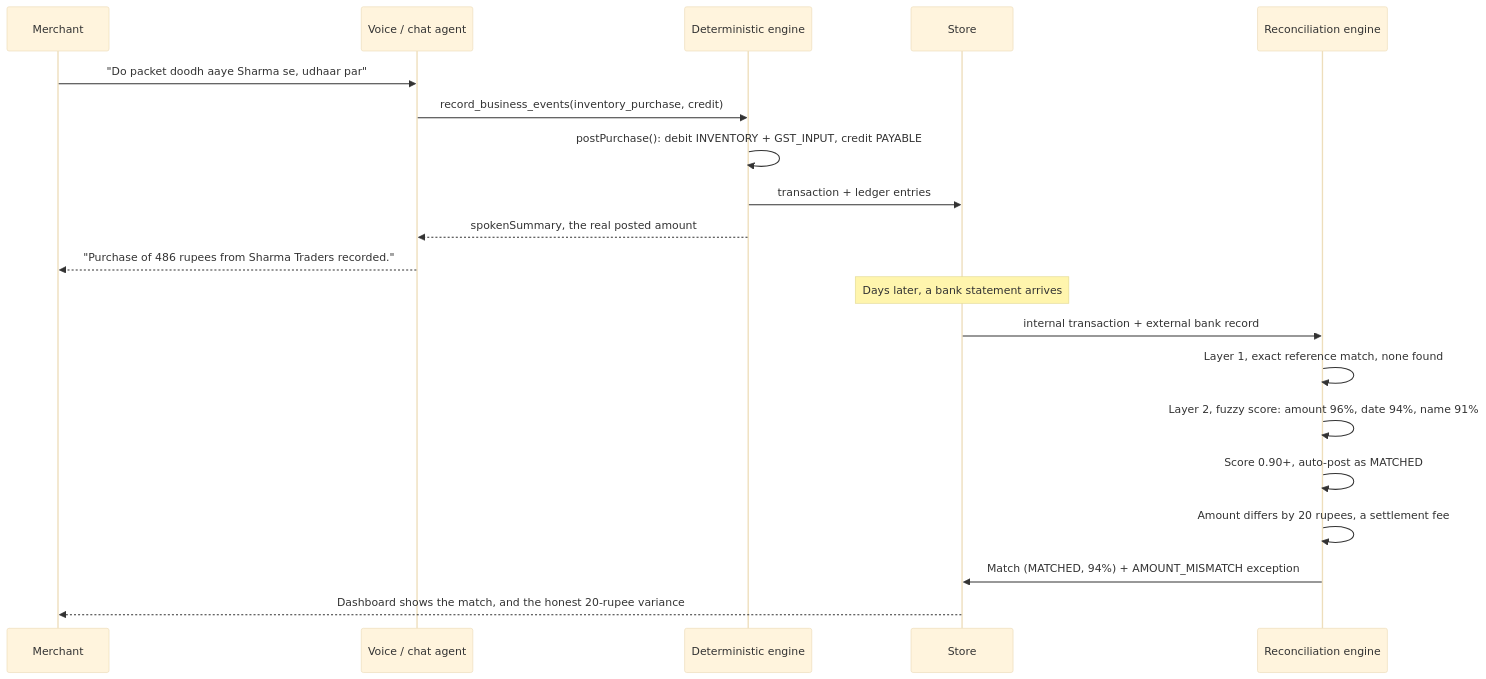
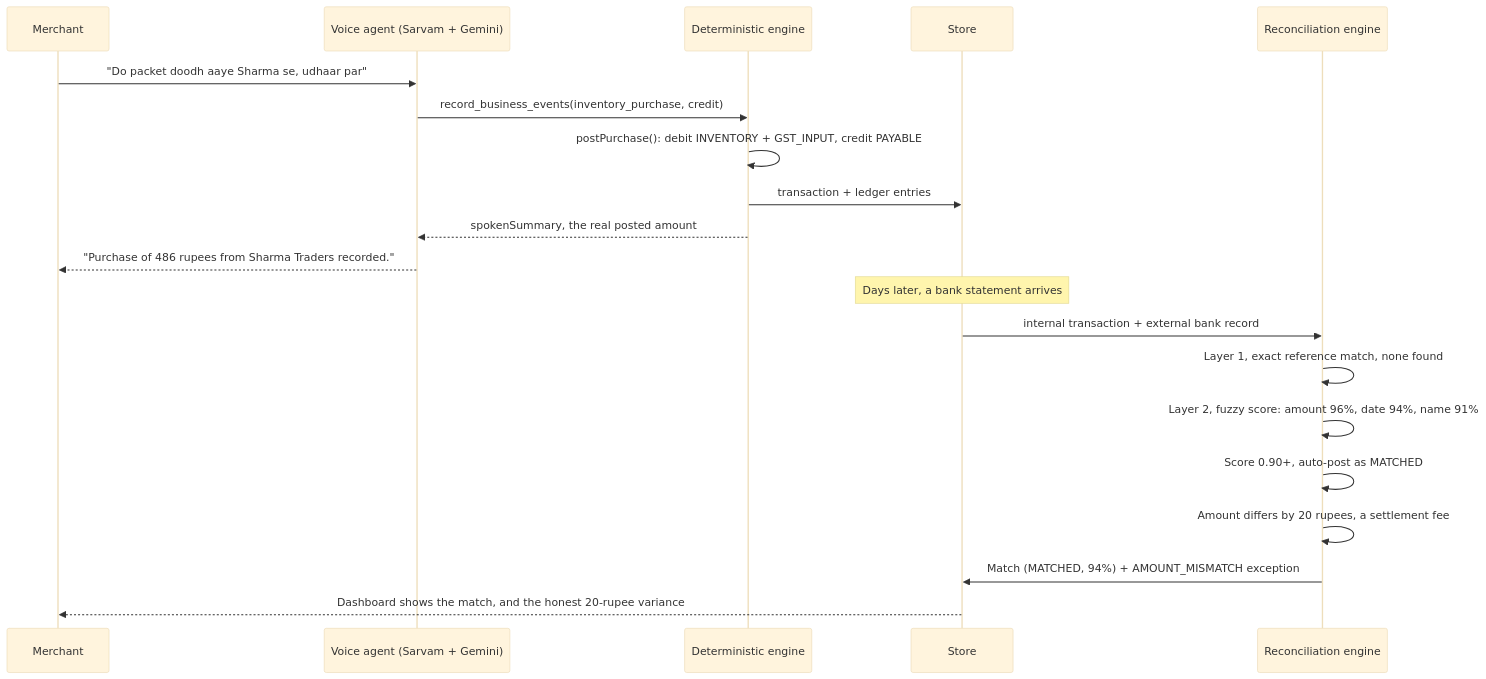
Before and after one commit to harshkawatra11/hisaab: the fourth of 4 diagrams in README.md, drawn with Mermaid (base theme). The commit also changed other lines of this file and 4 other files, not shown here.

````diff
--- a/README.md
+++ b/README.md
@@ -194,24 +201,24 @@
 ```mermaid
 sequenceDiagram
     participant M as Merchant
-    participant V as Voice / chat agent
+    participant V as Voice agent (Sarvam + Gemini)
     participant E as Deterministic engine
     participant S as Store
     participant R as Reconciliation engine
 
     M->>V: "Do packet doodh aaye Sharma se, udhaar par"
     V->>E: record_business_events(inventory_purchase, credit)
     E->>E: postPurchase(): debit INVENTORY + GST_INPUT, credit PAYABLE
     E->>S: transaction + ledger entries
     E-->>V: spokenSummary, the real posted amount
     V-->>M: "Purchase of 486 rupees from Sharma Traders recorded."
 
     Note over S: Days later, a bank statement arrives
     S->>R: internal transaction + external bank record
     R->>R: Layer 1, exact reference match, none found
     R->>R: Layer 2, fuzzy score: amount 96%, date 94%, name 91%
     R->>R: Score 0.90+, auto-post as MATCHED
     R->>R: Amount differs by 20 rupees, a settlement fee
     R->>S: Match (MATCHED, 94%) + AMOUNT_MISMATCH exception
     S-->>M: Dashboard shows the match, and the honest 20-rupee variance
 ```
````
